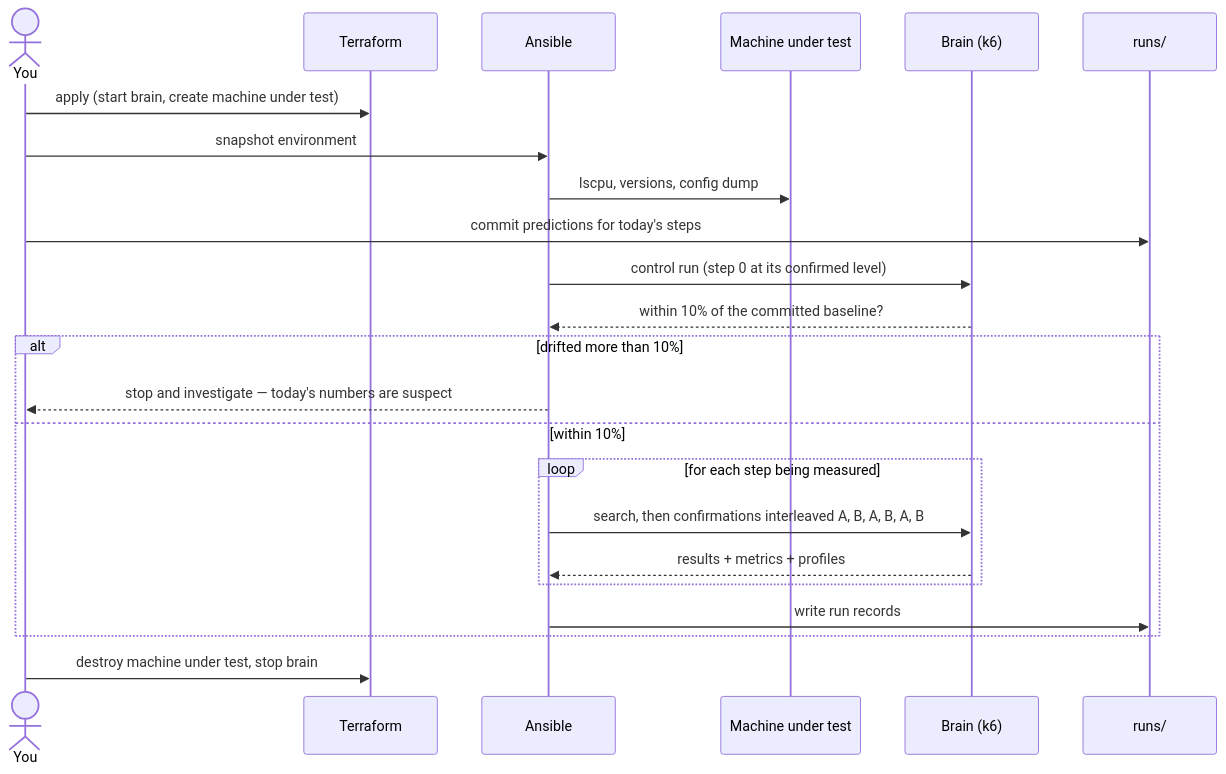
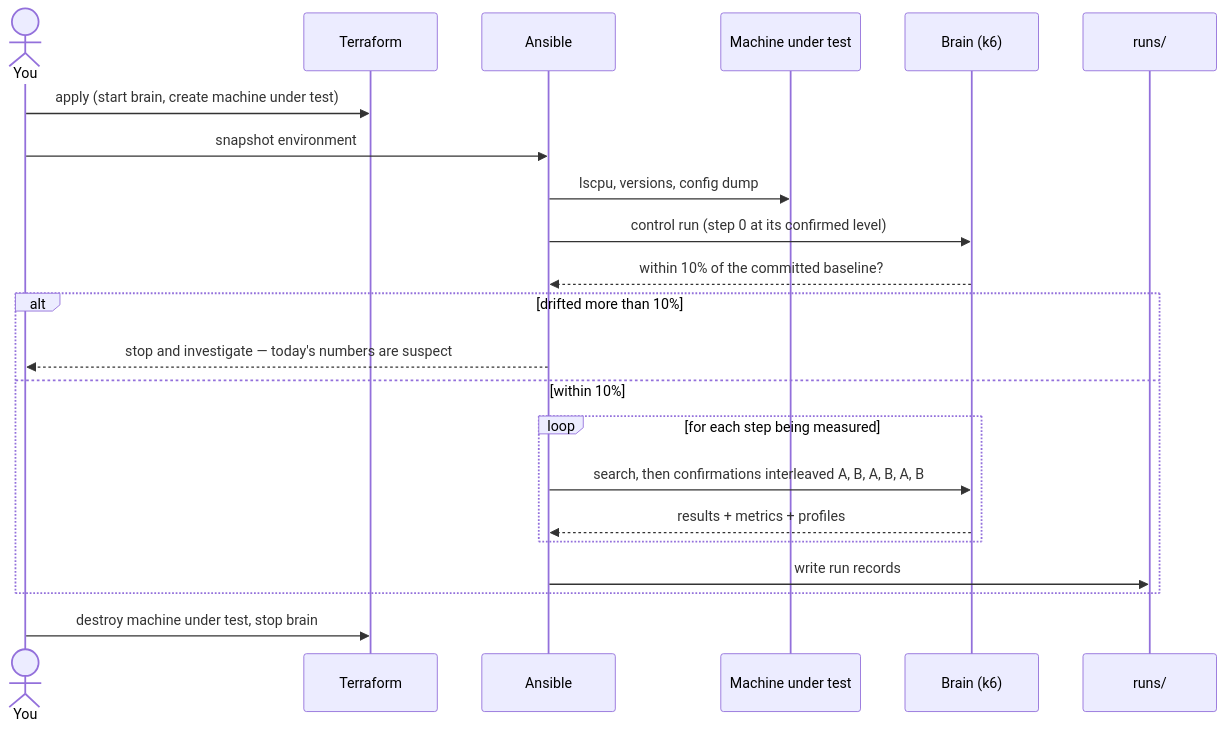
Before and after one commit to adssib/StressLab: the fifth of 5 diagrams in docs/METHODOLOGY.md, drawn with Mermaid. The commit also changed other lines of this file and 4 other files, not shown here.

First line of the commit message:
docs: roadmap, kafka, overload, full observability, slos

````diff
--- a/docs/METHODOLOGY.md
+++ b/docs/METHODOLOGY.md
@@ -127,26 +157,25 @@
 ```mermaid
 sequenceDiagram
   actor You
   participant TF as Terraform
   participant ANS as Ansible
   participant SUT as Machine under test
   participant BR as Brain (k6)
   participant Git as runs/
 
   You->>TF: apply (start brain, create machine under test)
   You->>ANS: snapshot environment
   ANS->>SUT: lscpu, versions, config dump
-  You->>Git: commit predictions for today's steps
   ANS->>BR: control run (step 0 at its confirmed level)
   BR-->>ANS: within 10% of the committed baseline?
   alt drifted more than 10%
     ANS-->>You: stop and investigate — today's numbers are suspect
   else within 10%
     loop for each step being measured
       ANS->>BR: search, then confirmations interleaved A, B, A, B, A, B
       BR-->>ANS: results + metrics + profiles
     end
     ANS->>Git: write run records
   end
   You->>TF: destroy machine under test, stop brain
 ```
````
